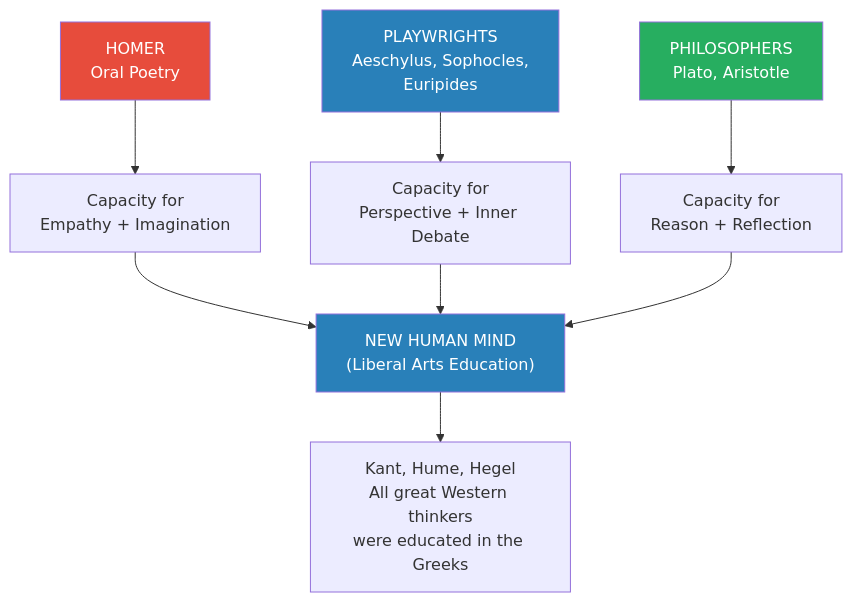
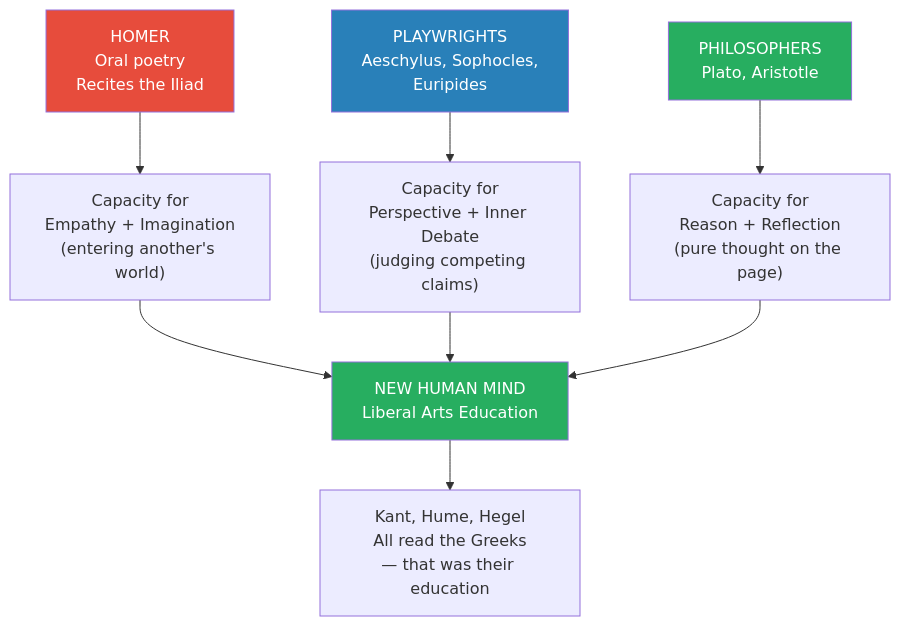
One commit to alius33/reader changed the sixth of 7 diagrams in summaries/Lectures/Civilization/13 - Aristotle and the Greek Legacy.md. Above: the diagram before and after it, drawn with Mermaid. The commit also changed other lines of this file and 26 other files, not shown here.

````diff
--- a/summaries/Lectures/Civilization/13 - Aristotle and the Greek Legacy.md
+++ b/summaries/Lectures/Civilization/13 - Aristotle and the Greek Legacy.md
@@ -262,14 +325,14 @@
 ```mermaid
 flowchart TB
-    H["HOMER<br/>Oral Poetry"] --> HC["Capacity for<br/>Empathy + Imagination"]
-    PW["PLAYWRIGHTS<br/>Aeschylus, Sophocles,<br/>Euripides"] --> PC["Capacity for<br/>Perspective + Inner Debate"]
-    PH["PHILOSOPHERS<br/>Plato, Aristotle"] --> PHC["Capacity for<br/>Reason + Reflection"]
-    HC --> NM["NEW HUMAN MIND<br/>(Liberal Arts Education)"]
+    H["HOMER<br/>Oral poetry<br/>Recites the Iliad"] --> HC["Capacity for<br/>Empathy + Imagination<br/>(entering another's world)"]
+    PW["PLAYWRIGHTS<br/>Aeschylus, Sophocles,<br/>Euripides"] --> PC["Capacity for<br/>Perspective + Inner Debate<br/>(judging competing claims)"]
+    PH["PHILOSOPHERS<br/>Plato, Aristotle"] --> PHC["Capacity for<br/>Reason + Reflection<br/>(pure thought on the page)"]
+    HC --> NM["NEW HUMAN MIND<br/>Liberal Arts Education"]
     PC --> NM
     PHC --> NM
-    NM --> T["Kant, Hume, Hegel<br/>All great Western thinkers<br/>were educated in the Greeks"]
+    NM --> T["Kant, Hume, Hegel<br/>All read the Greeks<br/>— that was their education"]
     style H fill:#e74c3c,color:#fff
     style PW fill:#2980b9,color:#fff
     style PH fill:#27ae60,color:#fff
-    style NM fill:#2980b9,color:#fff
+    style NM fill:#27ae60,color:#fff
 ```
````
